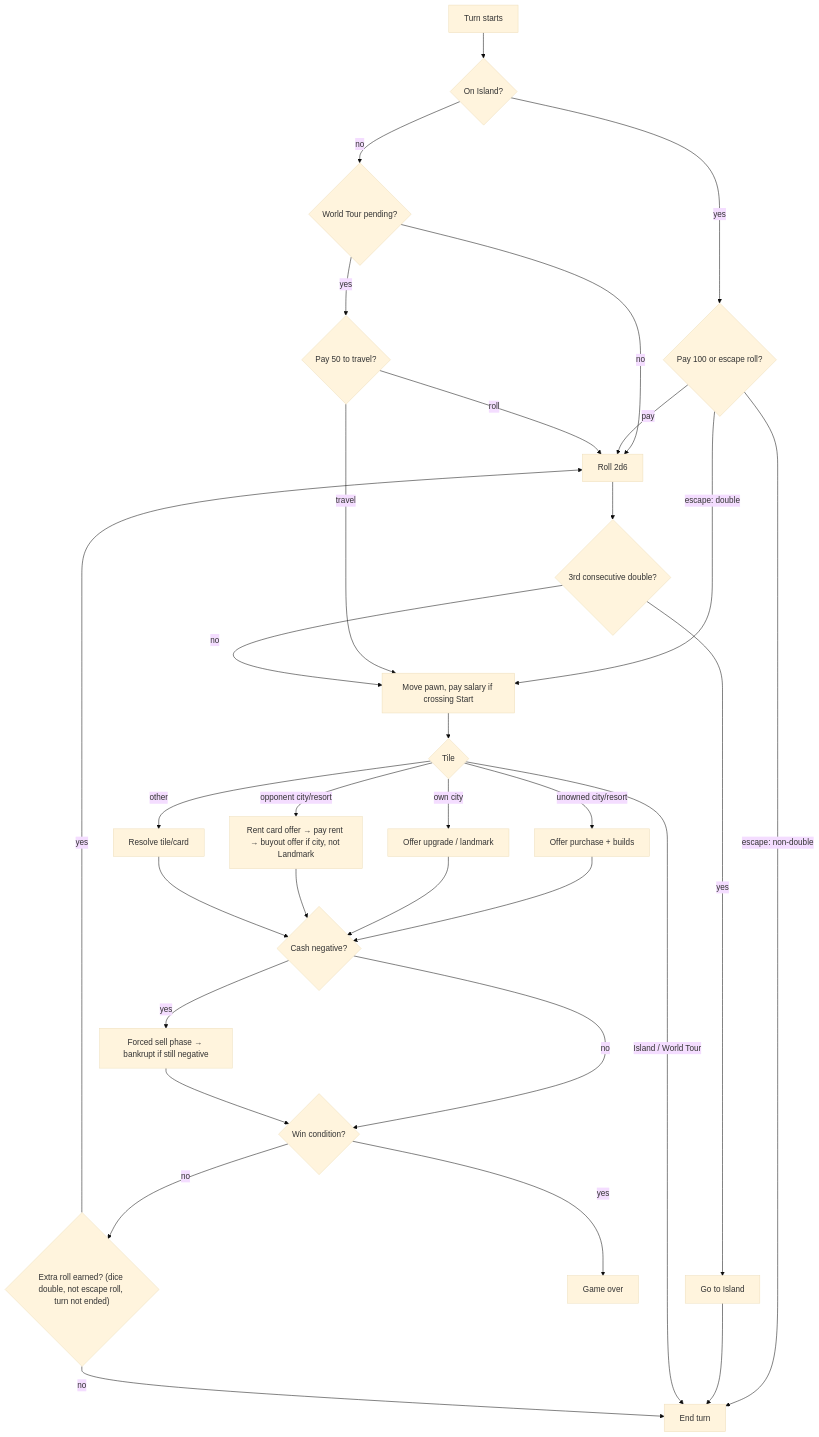
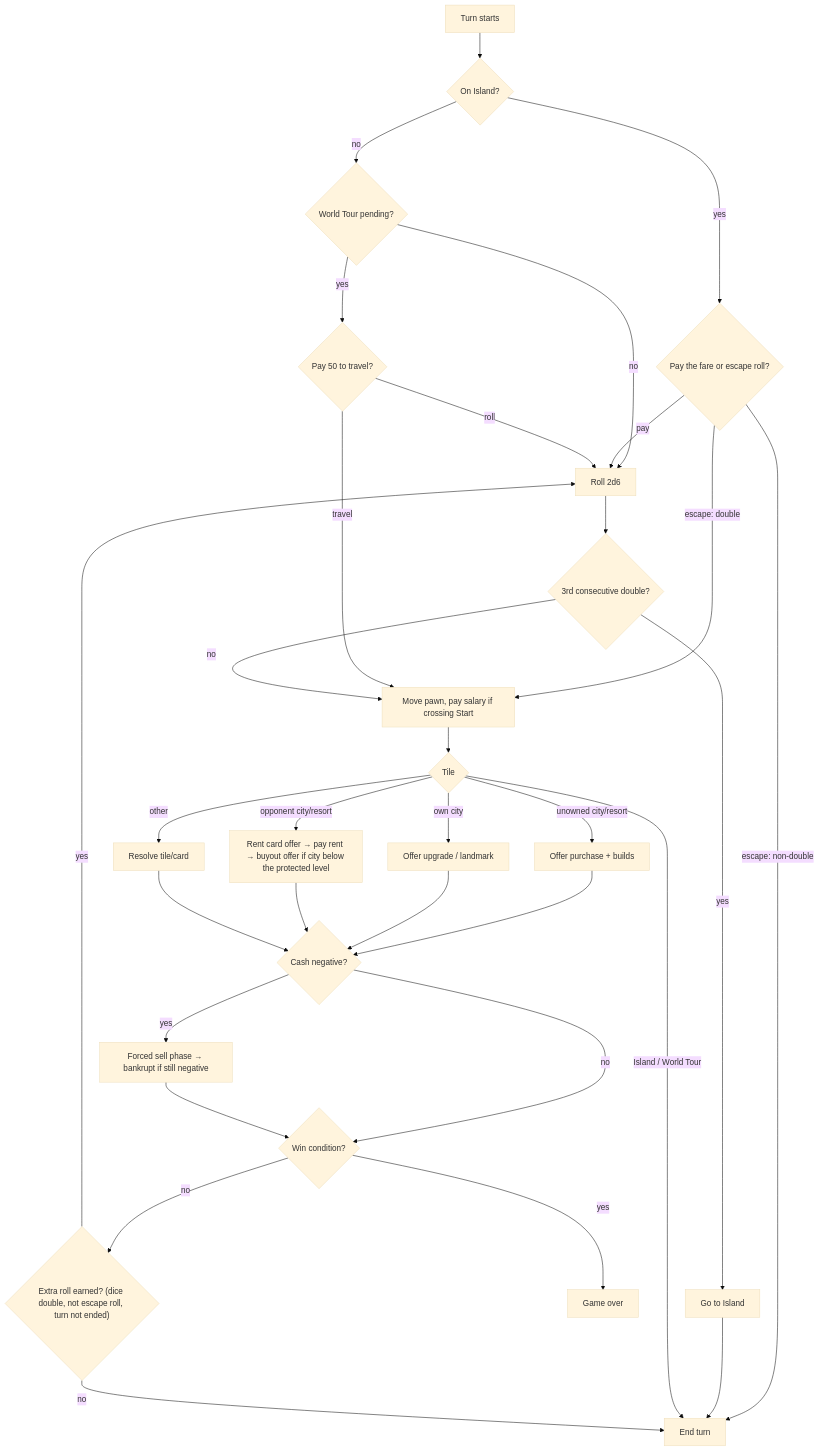
The diagram in docs/GAME_DESIGN.md (Rusutsu-Studios/Polytour), drawn with Mermaid (base theme) before and after one commit. The commit also changed other lines of this file and 27 other files, not shown here.

````diff
--- a/docs/GAME_DESIGN.md
+++ b/docs/GAME_DESIGN.md
@@ -221,30 +240,30 @@
 ```mermaid
 flowchart TD
   S[Turn starts] --> I{On Island?}
-  I -- yes --> IE{Pay 100 or escape roll?}
+  I -- yes --> IE{Pay the fare or escape roll?}
   I -- no --> WT{World Tour pending?}
   WT -- yes --> TR{Pay 50 to travel?}
   WT -- no --> R[Roll 2d6]
   IE -- pay --> R
   IE -- "escape: double" --> M
   IE -- "escape: non-double" --> E
   TR -- travel --> M
   TR -- roll --> R
   R --> TD{3rd consecutive double?}
   TD -- yes --> ISL[Go to Island] --> E
   TD -- no --> M[Move pawn, pay salary if crossing Start]
   M --> T{Tile}
   T -- unowned city/resort --> B[Offer purchase + builds]
   T -- own city --> U[Offer upgrade / landmark]
-  T -- "opponent city/resort" --> P[Rent card offer → pay rent → buyout offer if city, not Landmark]
+  T -- "opponent city/resort" --> P[Rent card offer → pay rent → buyout offer if city below the protected level]
   T -- "Island / World Tour" --> E
   T -- other --> X[Resolve tile/card]
   B & U & P & X --> D{Cash negative?}
   D -- yes --> SELL[Forced sell phase → bankrupt if still negative]
   D -- no --> W{Win condition?}
   SELL --> W
   W -- yes --> END[Game over]
   W -- no --> DB{"Extra roll earned? (dice double, not escape roll, turn not ended)"}
   DB -- yes --> R
   DB -- no --> E[End turn]
 ```
````
